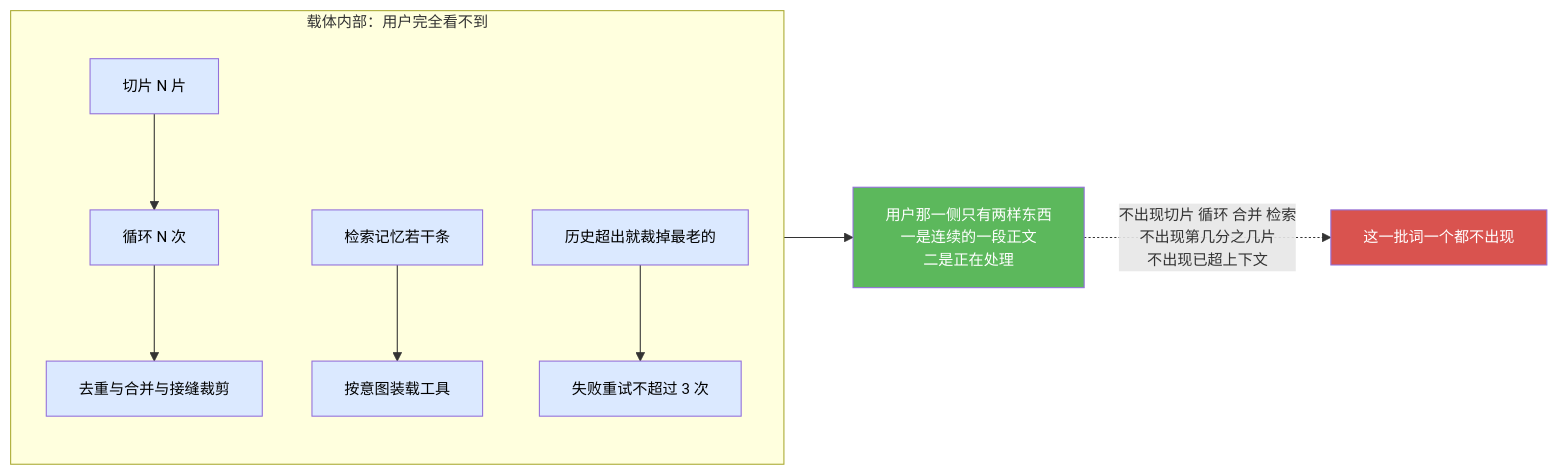
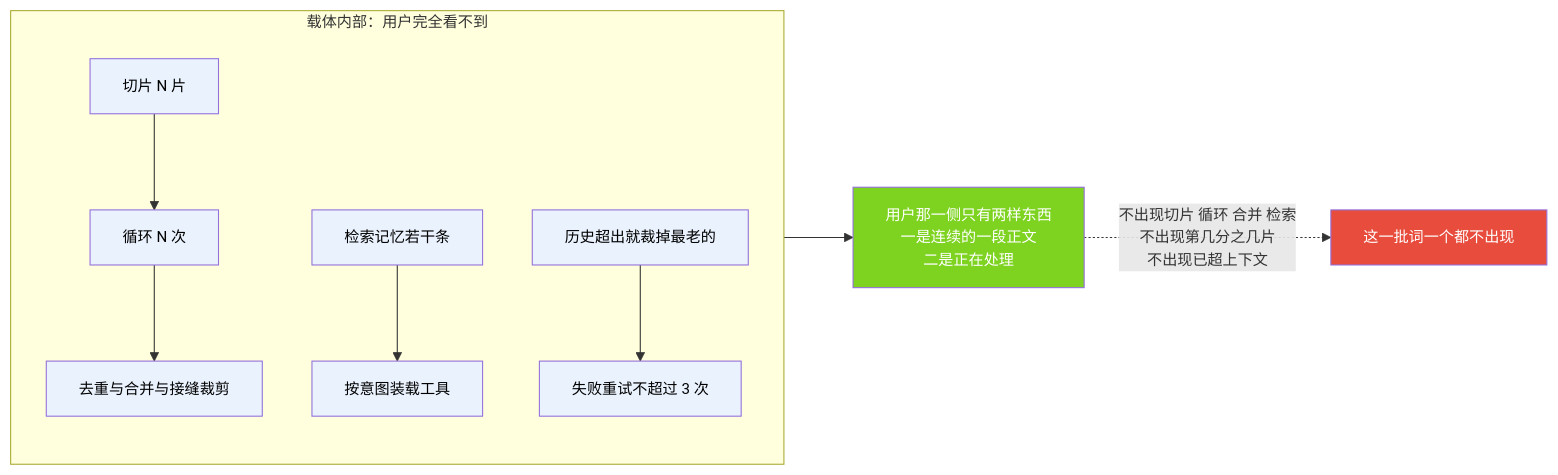
One commit to jiangchuangege/xiaojiao-harnees changed the seventh of 8 diagrams in docs/modules/02-six-infinity.md. Above: the diagram before and after it, drawn with Mermaid. The commit also changed other lines of this file and 32 other files, not shown here.

Commit message:
统一：全仓原理图配色到一套调色板 + 给 12 张灰图补色 + 修正自己会睡那张过期图

````diff
--- a/docs/modules/02-six-infinity.md
+++ b/docs/modules/02-six-infinity.md
@@ -618,21 +618,21 @@
 ```mermaid
 %%{init: {"themeVariables": {"fontSize": "14px"}, "flowchart": {"htmlLabels": true, "wrappingWidth": 340, "nodeSpacing": 46, "rankSpacing": 64, "useMaxWidth": true}}}%%
 flowchart LR
     subgraph BG["载体内部：用户完全看不到"]
         direction TB
         X1["切片 N 片"] --> X2["循环 N 次"] --> X3["去重与合并与接缝裁剪"]
         X4["检索记忆若干条"] --> X5["按意图装载工具"]
         X6["历史超出就裁掉最老的"] --> X7["失败重试不超过 3 次"]
     end
     BG --> UI["用户那一侧只有两样东西<br/>一是连续的一段正文<br/>二是正在处理"]
     UI -.->|不出现切片 循环 合并 检索<br/>不出现第几分之几片<br/>不出现已超上下文| NEVER["这一批词一个都不出现"]
-    style X1 fill:#dbe9ff,color:#000
-    style X2 fill:#dbe9ff,color:#000
-    style X3 fill:#dbe9ff,color:#000
-    style X4 fill:#dbe9ff,color:#000
-    style X5 fill:#dbe9ff,color:#000
-    style X6 fill:#dbe9ff,color:#000
-    style X7 fill:#dbe9ff,color:#000
-    style UI fill:#5cb85c,color:#fff
-    style NEVER fill:#d9534f,color:#fff
+    style X1 fill:#EAF2FD,color:#000
+    style X2 fill:#EAF2FD,color:#000
+    style X3 fill:#EAF2FD,color:#000
+    style X4 fill:#EAF2FD,color:#000
+    style X5 fill:#EAF2FD,color:#000
+    style X6 fill:#EAF2FD,color:#000
+    style X7 fill:#EAF2FD,color:#000
+    style UI fill:#7ED321,color:#fff
+    style NEVER fill:#E74C3C,color:#fff
 ```
````
